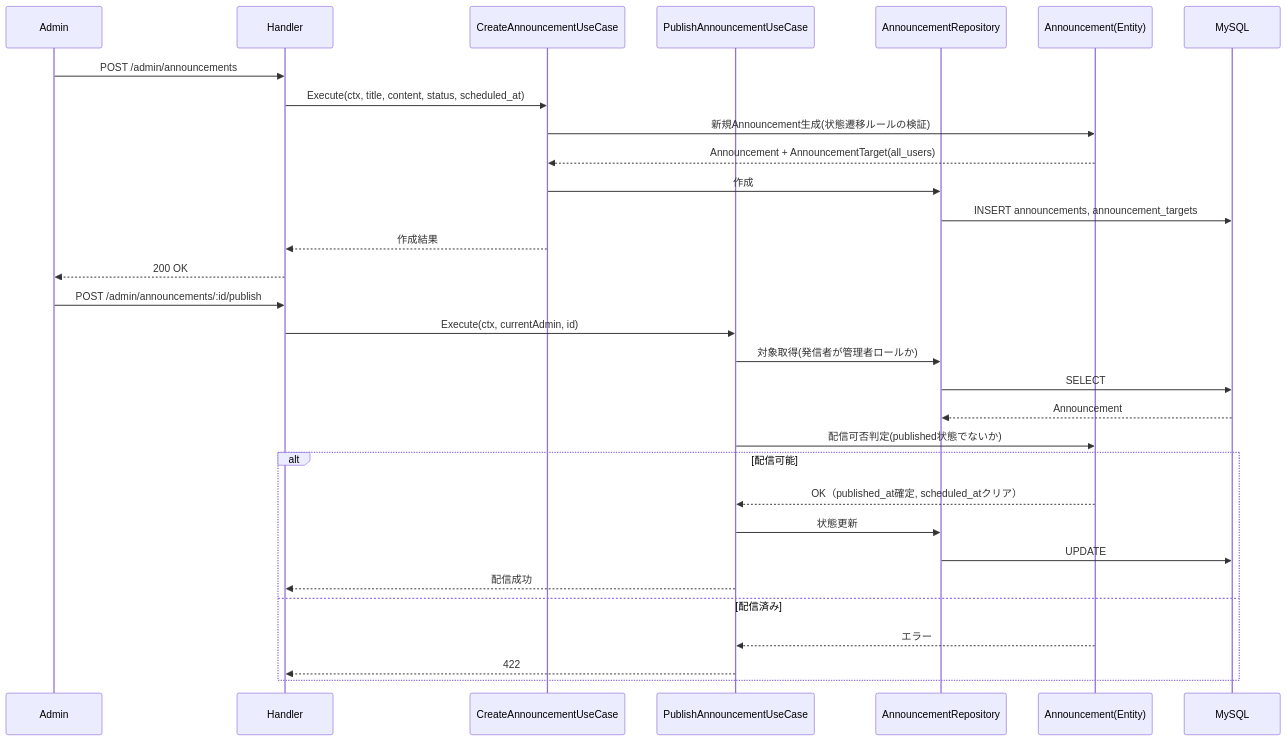
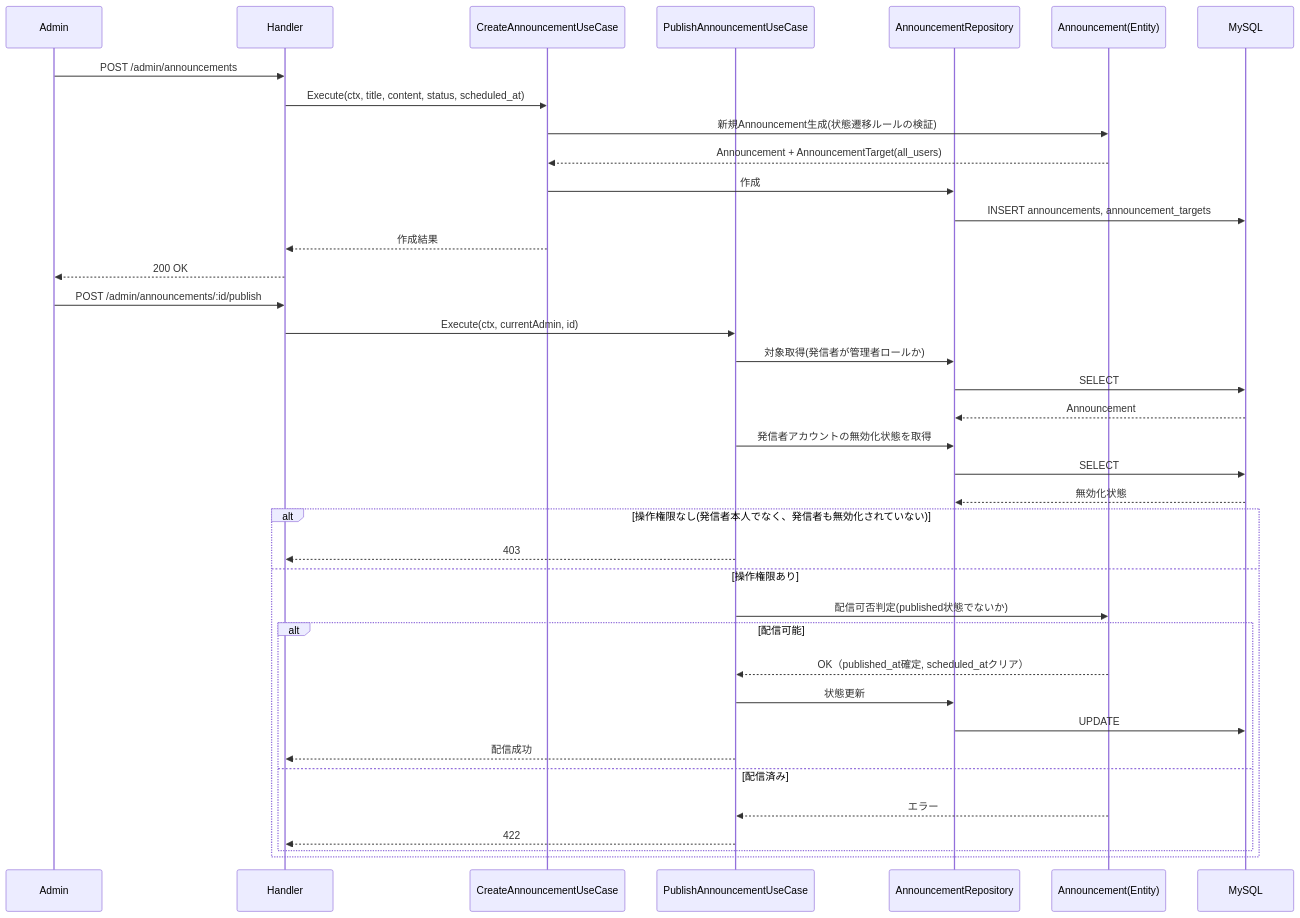
One commit to yuta20253/edu-platform-go-design changed the third of 5 diagrams in 計画書/GO移行・設計仕様書/管理者お知らせ管理機能_Go移行・設計仕様書.md. Above: the diagram before and after it, drawn with Mermaid. The commit also changed other lines of this file and 28 other files, not shown here.

````diff
--- a/計画書/GO移行・設計仕様書/管理者お知らせ管理機能_Go移行・設計仕様書.md
+++ b/計画書/GO移行・設計仕様書/管理者お知らせ管理機能_Go移行・設計仕様書.md
@@ -347,35 +350,42 @@
 ```mermaid
 sequenceDiagram
     participant Admin
     participant Handler
     participant CreateUC as CreateAnnouncementUseCase
     participant PublishUC as PublishAnnouncementUseCase
     participant Repo as AnnouncementRepository
     participant Entity as Announcement(Entity)
     participant DB as MySQL
 
     Admin->>Handler: POST /admin/announcements
     Handler->>CreateUC: Execute(ctx, title, content, status, scheduled_at)
     CreateUC->>Entity: 新規Announcement生成(状態遷移ルールの検証)
     Entity-->>CreateUC: Announcement + AnnouncementTarget(all_users)
     CreateUC->>Repo: 作成
     Repo->>DB: INSERT announcements, announcement_targets
     CreateUC-->>Handler: 作成結果
     Handler-->>Admin: 200 OK
 
     Admin->>Handler: POST /admin/announcements/:id/publish
     Handler->>PublishUC: Execute(ctx, currentAdmin, id)
     PublishUC->>Repo: 対象取得(発信者が管理者ロールか)
     Repo->>DB: SELECT
     DB-->>Repo: Announcement
-    PublishUC->>Entity: 配信可否判定(published状態でないか)
-    alt 配信可能
-        Entity-->>PublishUC: OK（published_at確定, scheduled_atクリア）
-        PublishUC->>Repo: 状態更新
-        Repo->>DB: UPDATE
-        PublishUC-->>Handler: 配信成功
-    else 配信済み
-        Entity-->>PublishUC: エラー
-        PublishUC-->>Handler: 422
+    PublishUC->>Repo: 発信者アカウントの無効化状態を取得
+    Repo->>DB: SELECT
+    DB-->>Repo: 無効化状態
+    alt 操作権限なし(発信者本人でなく、発信者も無効化されていない)
+        PublishUC-->>Handler: 403
+    else 操作権限あり
+        PublishUC->>Entity: 配信可否判定(published状態でないか)
+        alt 配信可能
+            Entity-->>PublishUC: OK（published_at確定, scheduled_atクリア）
+            PublishUC->>Repo: 状態更新
+            Repo->>DB: UPDATE
+            PublishUC-->>Handler: 配信成功
+        else 配信済み
+            Entity-->>PublishUC: エラー
+            PublishUC-->>Handler: 422
+        end
     end
 ```
````
